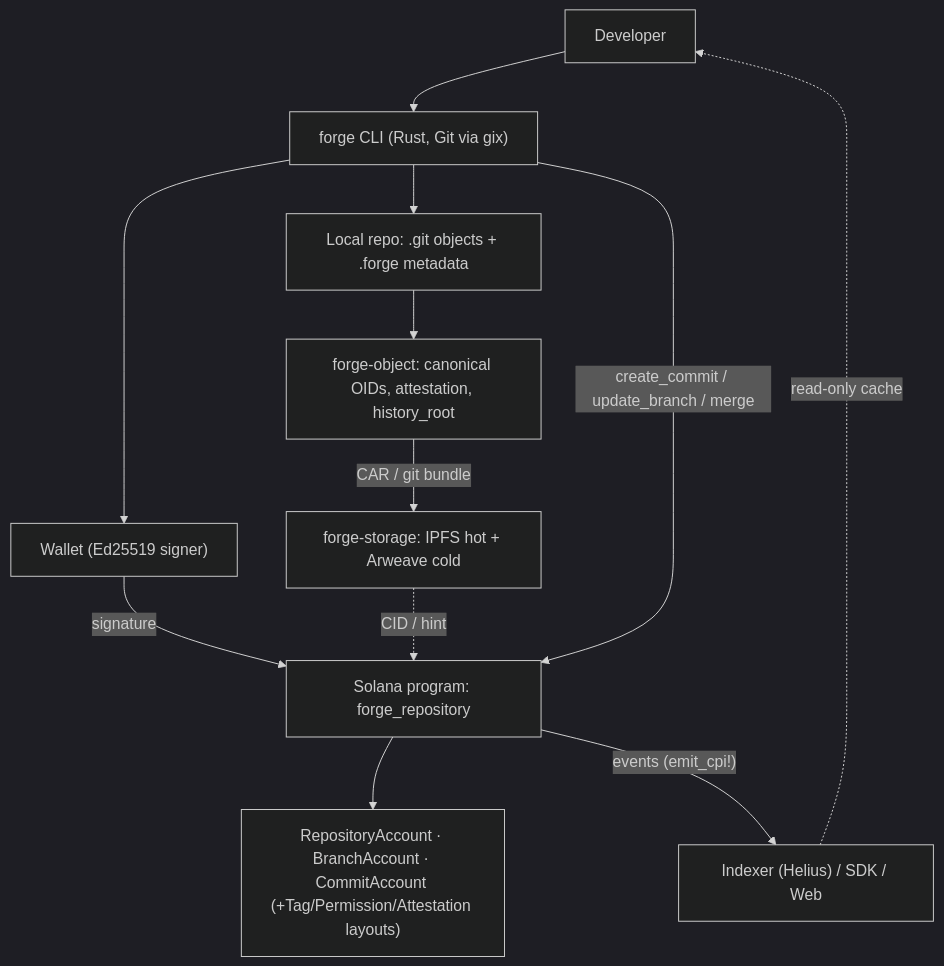
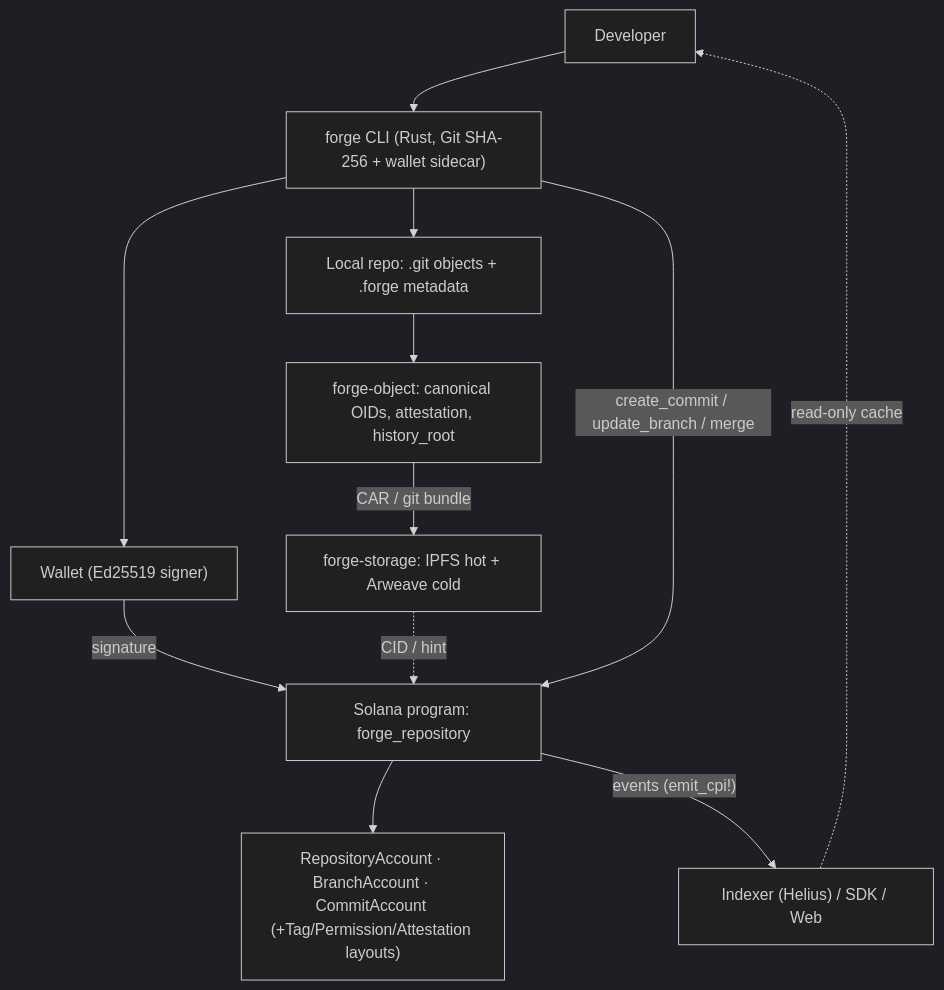
The first of 2 diagrams in docs/architecture.md (Anax-Labs/Forge), drawn with Mermaid (dark theme) before and after one commit. The commit also changed other lines of this file and 21 other files, not shown here.

````diff
--- a/docs/architecture.md
+++ b/docs/architecture.md
@@ -187,14 +187,14 @@
 ```mermaid
 flowchart TB
-  dev[Developer] --> cli["forge CLI (Rust, Git via gix)"]
+  dev[Developer] --> cli["forge CLI (Rust, Git SHA-256 + wallet sidecar)"]
   cli --> local["Local repo: .git objects + .forge metadata"]
   cli --> wallet["Wallet (Ed25519 signer)"]
   local --> engine["forge-object: canonical OIDs, attestation, history_root"]
   engine -->|CAR / git bundle| storage["forge-storage: IPFS hot + Arweave cold"]
   wallet -->|signature| program
   storage -.->|CID / hint| program
   cli -->|"create_commit / update_branch / merge"| program["Solana program: forge_repository"]
   program --> accounts["RepositoryAccount · BranchAccount · CommitAccount (+Tag/Permission/Attestation layouts)"]
   program -->|"events (emit_cpi!)"| indexer["Indexer (Helius) / SDK / Web"]
   indexer -.->|read-only cache| dev
 ```
````
